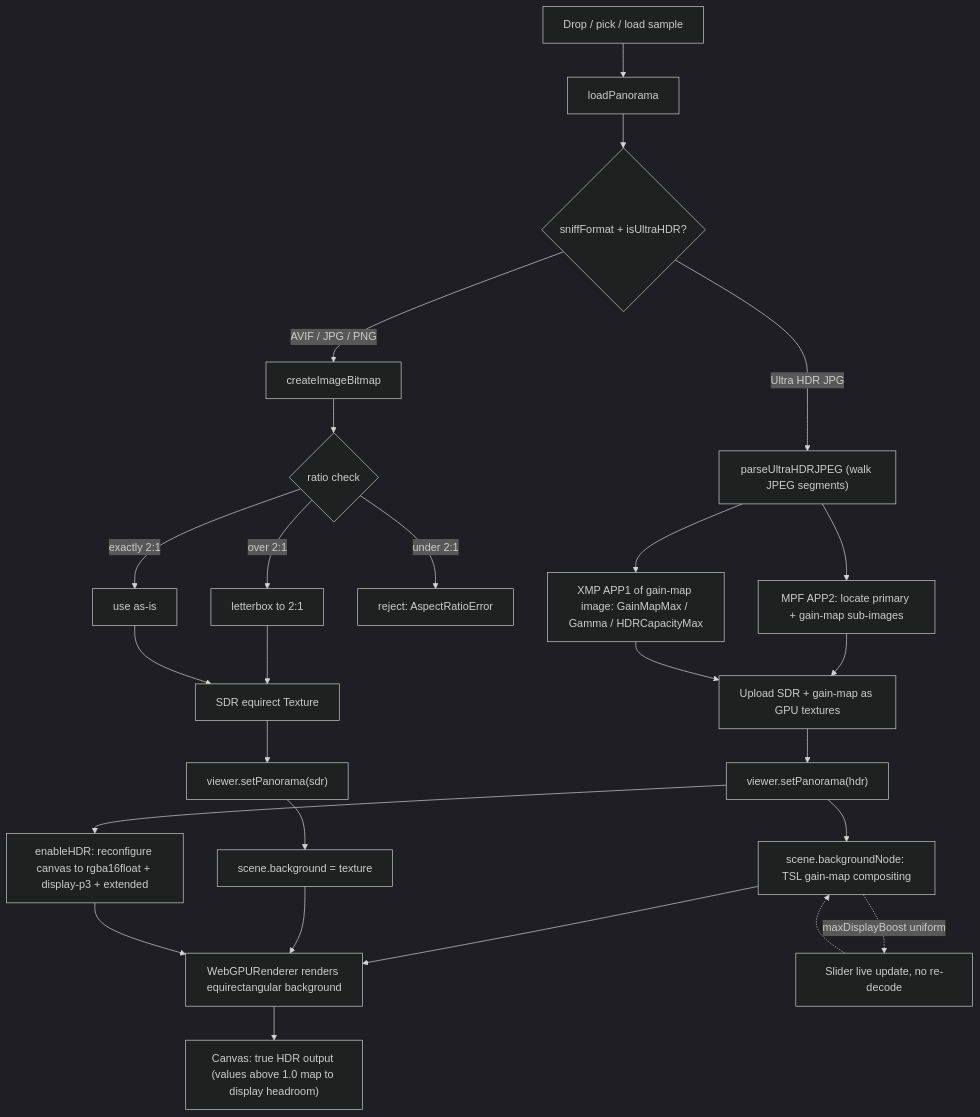
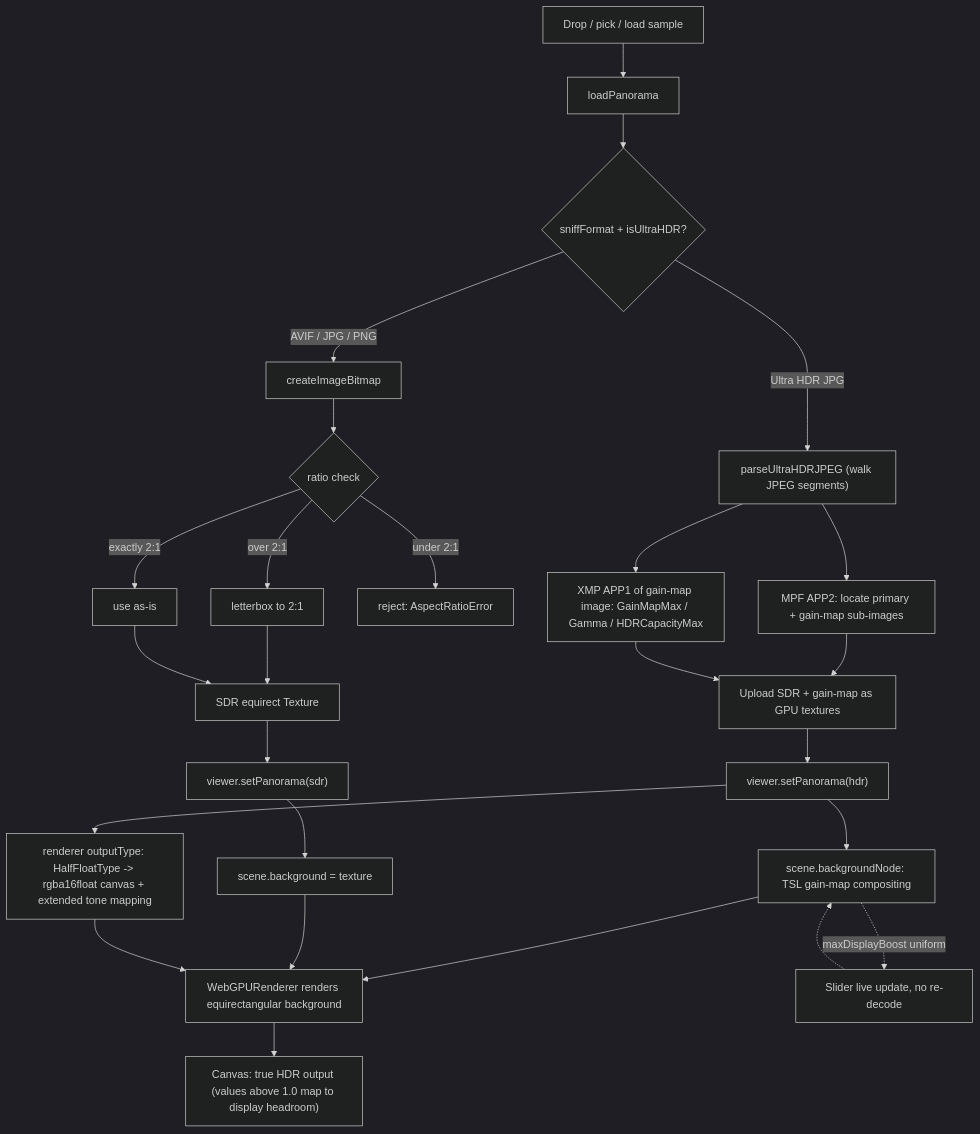
The diagram in DEVELOPMENT.md (realsee-developer/panorama-viewer), drawn with Mermaid (dark theme) before and after one commit. The commit also changed other lines of this file and 2 other files, not shown here.

First line of the commit message:
fix: restore true HDR output on three r171+ via outputType: HalfFloatType

````diff
--- a/DEVELOPMENT.md
+++ b/DEVELOPMENT.md
@@ -17,35 +17,35 @@
 ```mermaid
 flowchart TD
     A["Drop / pick / load sample"] --> B["loadPanorama"]
     B --> C{"sniffFormat + isUltraHDR?"}
 
     C -->|"Ultra HDR JPG"| D["parseUltraHDRJPEG (walk JPEG segments)"]
     D --> D1["MPF APP2: locate primary + gain-map sub-images"]
     D --> D2["XMP APP1 of gain-map image: GainMapMax / Gamma / HDRCapacityMax"]
     D1 --> E["Upload SDR + gain-map as GPU textures"]
     D2 --> E
 
     C -->|"AVIF / JPG / PNG"| F["createImageBitmap"]
     F --> G{"ratio check"}
     G -->|"under 2:1"| GX["reject: AspectRatioError"]
     G -->|"over 2:1"| GL["letterbox to 2:1"]
     G -->|"exactly 2:1"| GE["use as-is"]
     GL --> H["SDR equirect Texture"]
     GE --> H
 
     E --> I["viewer.setPanorama(hdr)"]
     H --> J["viewer.setPanorama(sdr)"]
 
     I --> K["scene.backgroundNode: TSL gain-map compositing"]
     J --> L["scene.background = texture"]
 
-    I --> M["enableHDR: reconfigure canvas to rgba16float + display-p3 + extended"]
+    I --> M["renderer outputType: HalfFloatType -> rgba16float canvas + extended tone mapping"]
     K --> N["WebGPURenderer renders equirectangular background"]
     L --> N
     M --> N
 
     N --> O["Canvas: true HDR output (values above 1.0 map to display headroom)"]
 
     K -. "maxDisplayBoost uniform" .-> P["Slider live update, no re-decode"]
     P -.-> K
 ```
````
